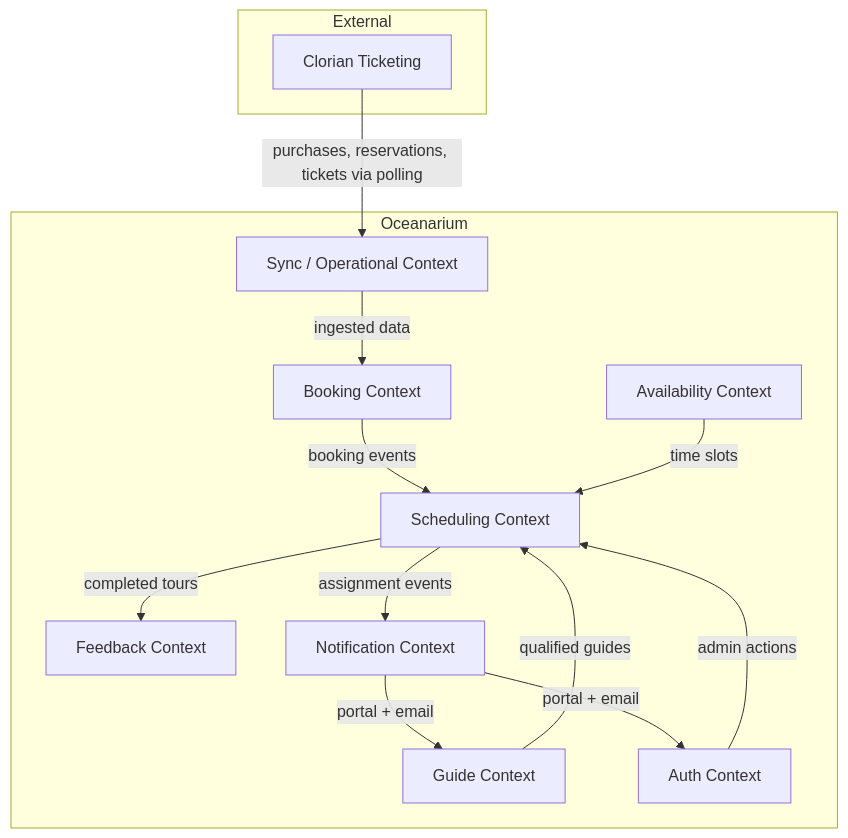
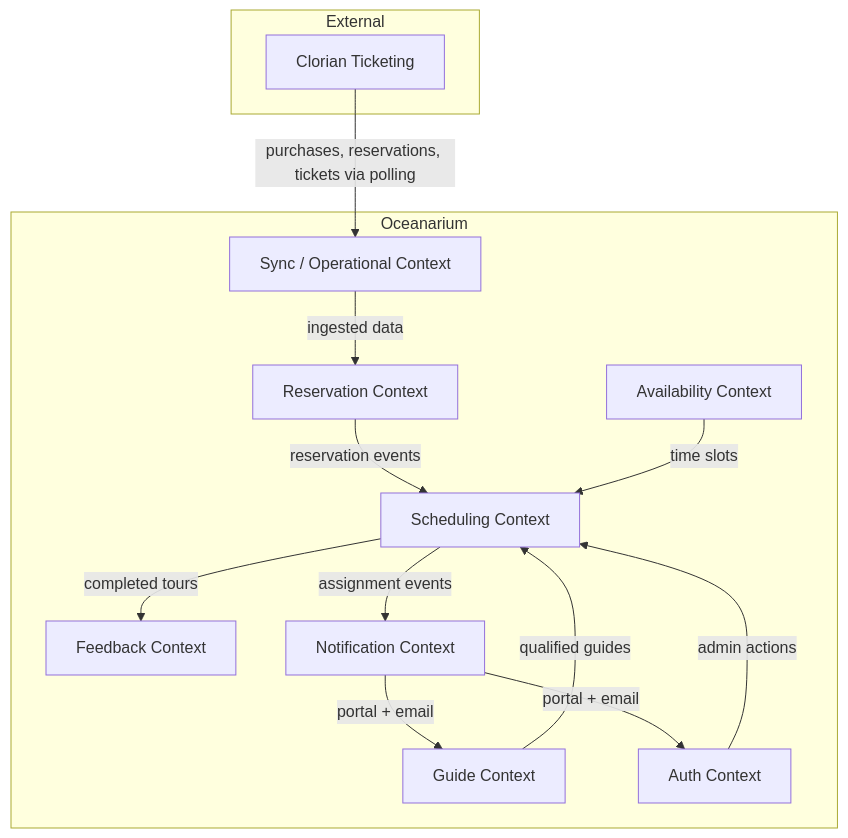
The diagram in backend/docs/DDD/DDD-001-domain-model-overview.md (CloudHustlersSAIT/PROJ309-Oceanarium), drawn with Mermaid before and after one commit. The commit also changed other lines of this file and 7 other files, not shown here.

Commit message:
Refactor domain terminology and structure: rename 'booking' to 'reservation' across all documentation and codebase. Update data model to reflect the removal of the purchases table, denormalizing relevant fields into the reservations table. Enhance clarity and alignment with Clorian's data structure.

````diff
--- a/backend/docs/DDD/DDD-001-domain-model-overview.md
+++ b/backend/docs/DDD/DDD-001-domain-model-overview.md
@@ -62,28 +63,28 @@
 ```mermaid
 graph TB
     subgraph External
         CLORIAN[Clorian Ticketing]
     end
 
     subgraph Oceanarium
         SYNC[Sync / Operational Context]
-        BOOKING[Booking Context]
+        RESERVATION[Reservation Context]
         SCHEDULING[Scheduling Context]
         GUIDE[Guide Context]
         AVAILABILITY[Availability Context]
         FEEDBACK[Feedback Context]
         NOTIFICATION[Notification Context]
         AUTH[Auth Context]
     end
 
     CLORIAN -->|purchases, reservations, tickets via polling| SYNC
-    SYNC -->|ingested data| BOOKING
-    BOOKING -->|booking events| SCHEDULING
+    SYNC -->|ingested data| RESERVATION
+    RESERVATION -->|reservation events| SCHEDULING
     GUIDE -->|qualified guides| SCHEDULING
     AVAILABILITY -->|time slots| SCHEDULING
     SCHEDULING -->|assignment events| NOTIFICATION
     SCHEDULING -->|completed tours| FEEDBACK
     AUTH -->|admin actions| SCHEDULING
     NOTIFICATION -->|portal + email| GUIDE
     NOTIFICATION -->|portal + email| AUTH
 ```
````
